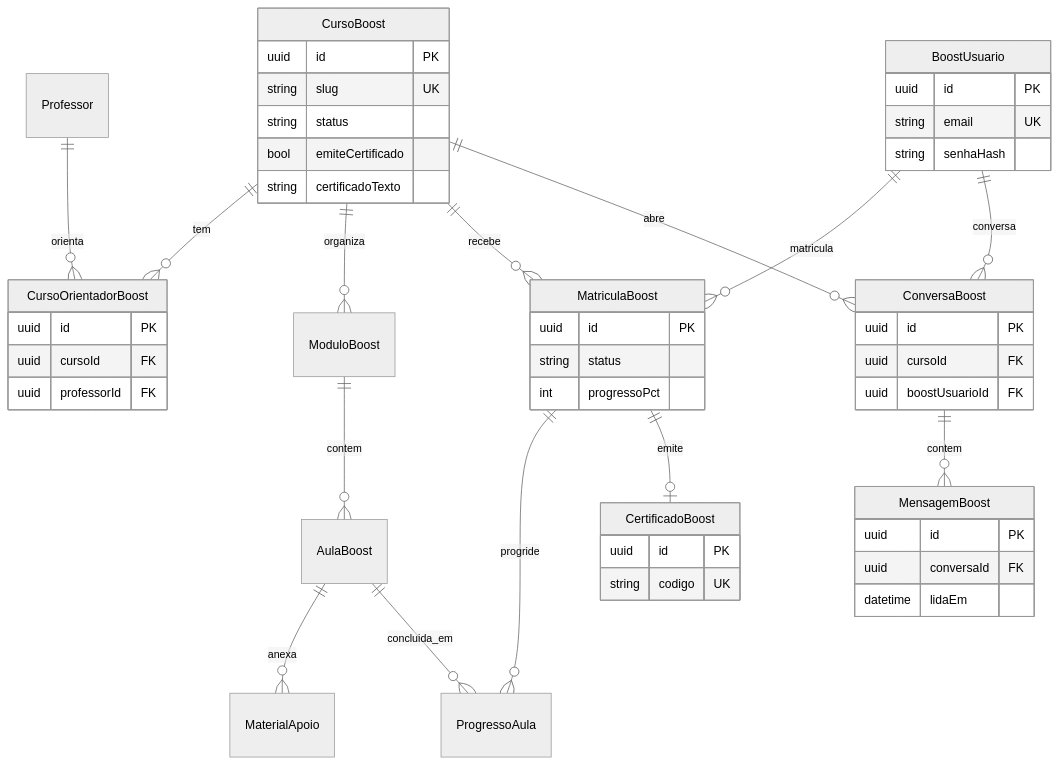
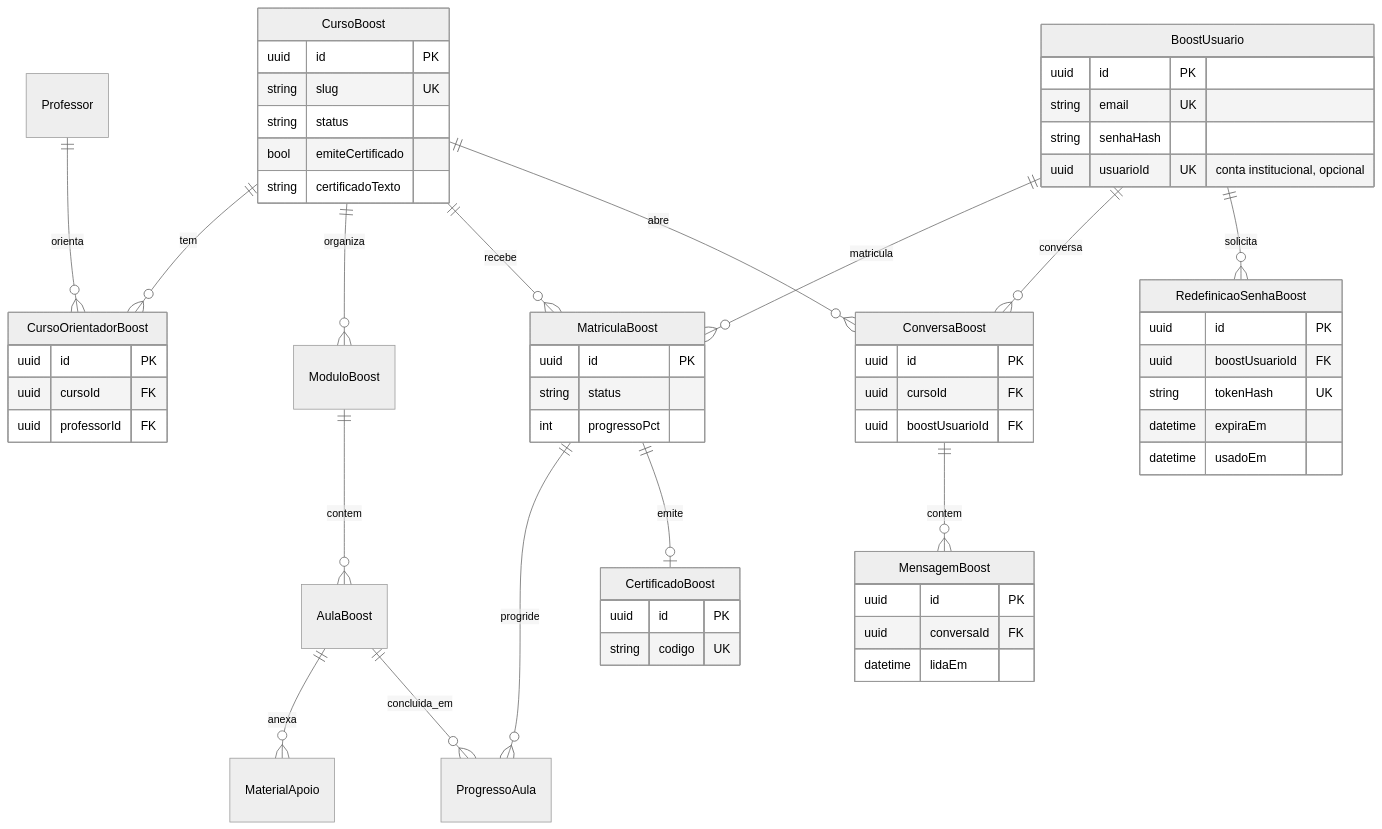
The diagram in docs/diagramas/src/erd-boost.mmd (bebberjoao/RoosterOneBackend), drawn with Mermaid (neutral theme) before and after one commit. The commit also changed 28 other files, not shown here.

First line of the commit message:
feat(boost): recuperacao de senha do aluno externo por e-mail

```diff
--- a/docs/diagramas/src/erd-boost.mmd
+++ b/docs/diagramas/src/erd-boost.mmd
@@ -1,51 +1,60 @@
 erDiagram
   Professor ||--o{ CursoOrientadorBoost : orienta
   CursoBoost ||--o{ CursoOrientadorBoost : tem
   CursoBoost ||--o{ ModuloBoost : organiza
   ModuloBoost ||--o{ AulaBoost : contem
   AulaBoost ||--o{ MaterialApoio : anexa
   BoostUsuario ||--o{ MatriculaBoost : matricula
   CursoBoost ||--o{ MatriculaBoost : recebe
   MatriculaBoost ||--o{ ProgressoAula : progride
   AulaBoost ||--o{ ProgressoAula : concluida_em
   MatriculaBoost ||--o| CertificadoBoost : emite
   CursoBoost ||--o{ ConversaBoost : abre
   BoostUsuario ||--o{ ConversaBoost : conversa
   ConversaBoost ||--o{ MensagemBoost : contem
+  BoostUsuario ||--o{ RedefinicaoSenhaBoost : solicita
 
   BoostUsuario {
     uuid id PK
     string email UK
     string senhaHash
+    uuid usuarioId UK "conta institucional, opcional"
+  }
+  RedefinicaoSenhaBoost {
+    uuid id PK
+    uuid boostUsuarioId FK
+    string tokenHash UK
+    datetime expiraEm
+    datetime usadoEm
   }
   CursoBoost {
     uuid id PK
     string slug UK
     string status
     bool emiteCertificado
     string certificadoTexto
   }
   CursoOrientadorBoost {
     uuid id PK
     uuid cursoId FK
     uuid professorId FK
   }
   ConversaBoost {
     uuid id PK
     uuid cursoId FK
     uuid boostUsuarioId FK
   }
   MensagemBoost {
     uuid id PK
     uuid conversaId FK
     datetime lidaEm
   }
   MatriculaBoost {
     uuid id PK
     string status
     int progressoPct
   }
   CertificadoBoost {
     uuid id PK
     string codigo UK
   }
```
